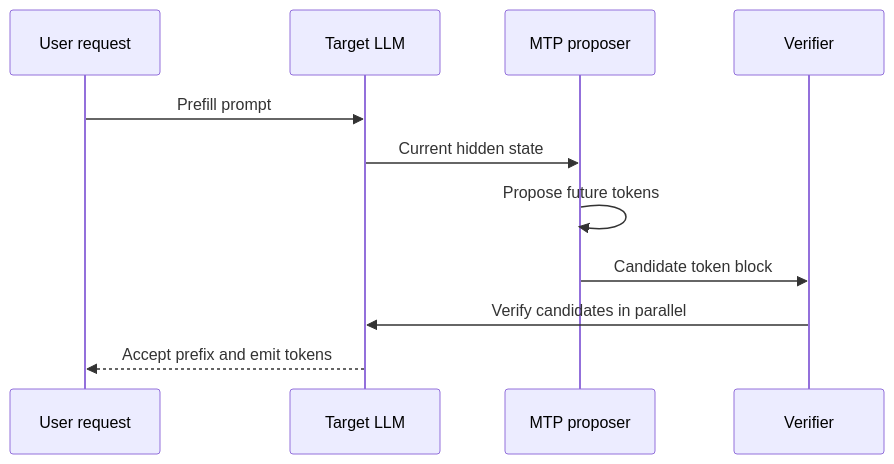
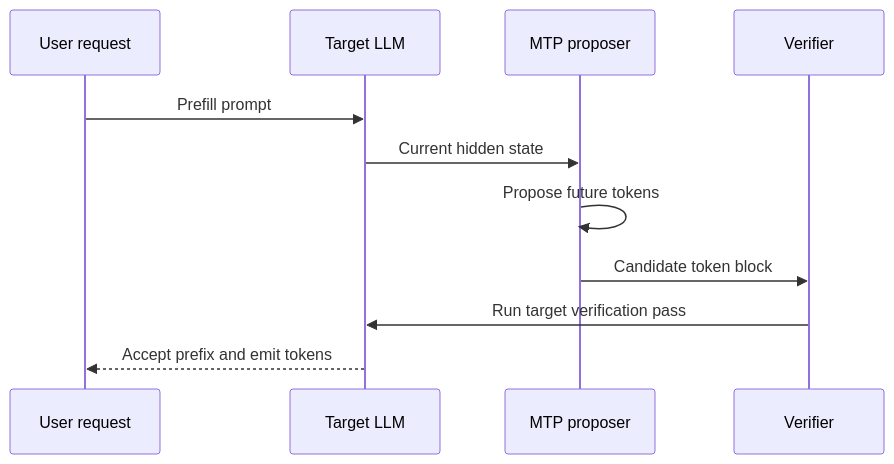
One commit to hhk7734/wiki changed the second of 2 diagrams in docs/science/llm/mtp/overview.mdx. Above: the diagram before and after it, drawn with Mermaid. The commit also changed other lines of this file and 6 other files, not shown here.

````diff
--- a/docs/science/llm/mtp/overview.mdx
+++ b/docs/science/llm/mtp/overview.mdx
@@ -94,14 +94,14 @@
 ```mermaid
 sequenceDiagram
   participant U as User request
   participant T as Target LLM
   participant M as MTP proposer
   participant V as Verifier
 
   U->>T: Prefill prompt
   T->>M: Current hidden state
   M->>M: Propose future tokens
   M->>V: Candidate token block
-  V->>T: Verify candidates in parallel
+  V->>T: Run target verification pass
   T-->>U: Accept prefix and emit tokens
 ```
````
